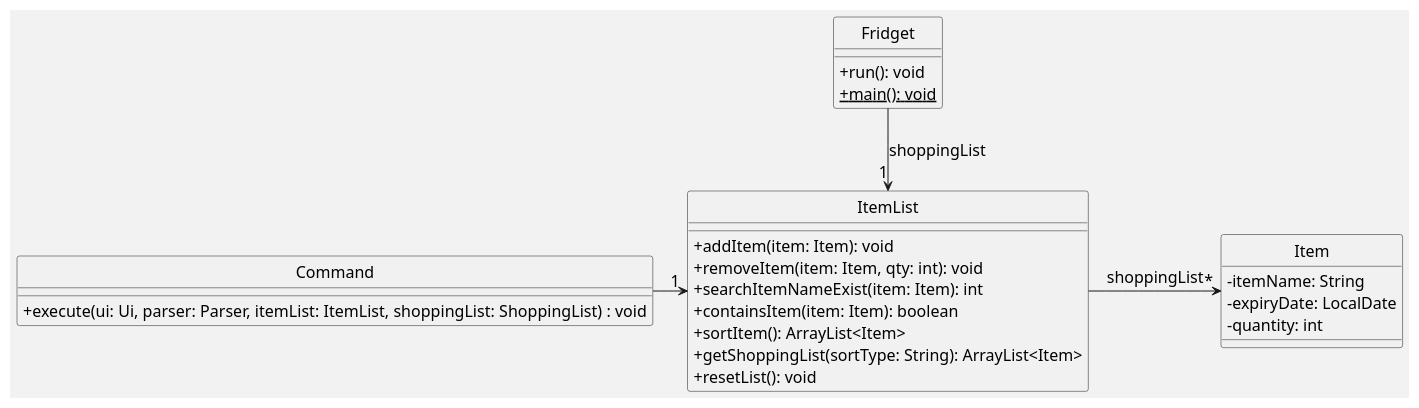
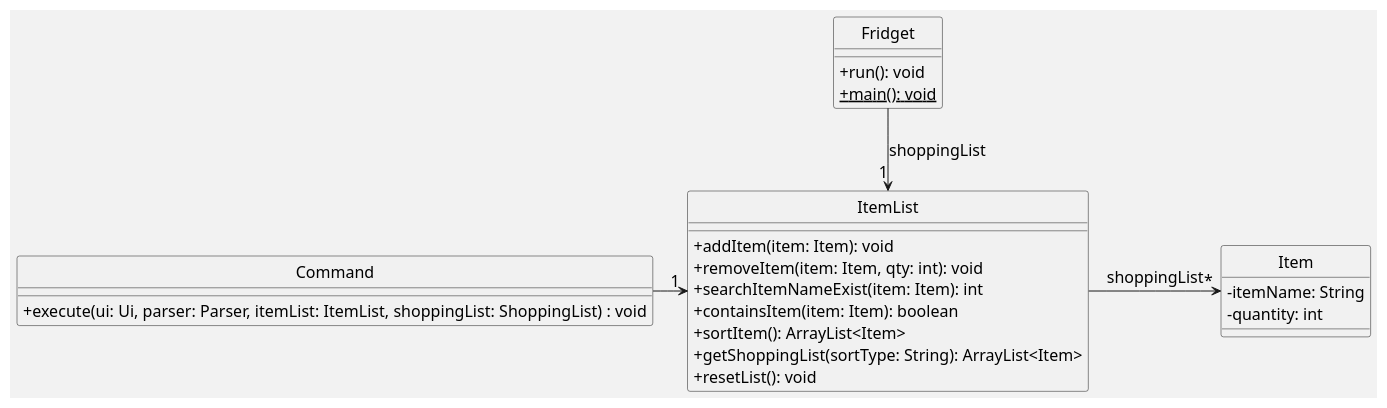
Before and after one commit to uosjapuelks/tp: the diagram in docs/pumlFiles/ShoppingListClass.puml, drawn with PlantUML. The commit also changed 1 other file, not shown here.

Commit message:
Update ShoppingListClass Diagram

```diff
--- a/docs/pumlFiles/ShoppingListClass.puml
+++ b/docs/pumlFiles/ShoppingListClass.puml
@@ -1,37 +1,36 @@
 @startuml
 'https://plantuml.com/class-diagram
 skinparam classAttributeIconSize 0
 skinparam backgroundColor #f2f2f2
 skinparam defaultFontSize 16
 hide circle
 
 ItemList "1" <-up- Fridget : shoppingList
 ItemList "1" <-left- Command
 Item "*" <-left- ItemList : shoppingList
 
 class ItemList {
     + addItem(item: Item): void
     + removeItem(item: Item, qty: int): void
     + searchItemNameExist(item: Item): int
     + containsItem(item: Item): boolean
     + sortItem(): ArrayList<Item>
     + getShoppingList(sortType: String): ArrayList<Item>
     + resetList(): void
 }
 
 class Item {
     - itemName: String
-    - expiryDate: LocalDate
     - quantity: int
 }
 
 class Command {
     + execute(ui: Ui, parser: Parser, itemList: ItemList, shoppingList: ShoppingList) : void
 }
 
 class Fridget {
     + run(): void
     + {static} main(): void
 }
 
 @enduml
```
